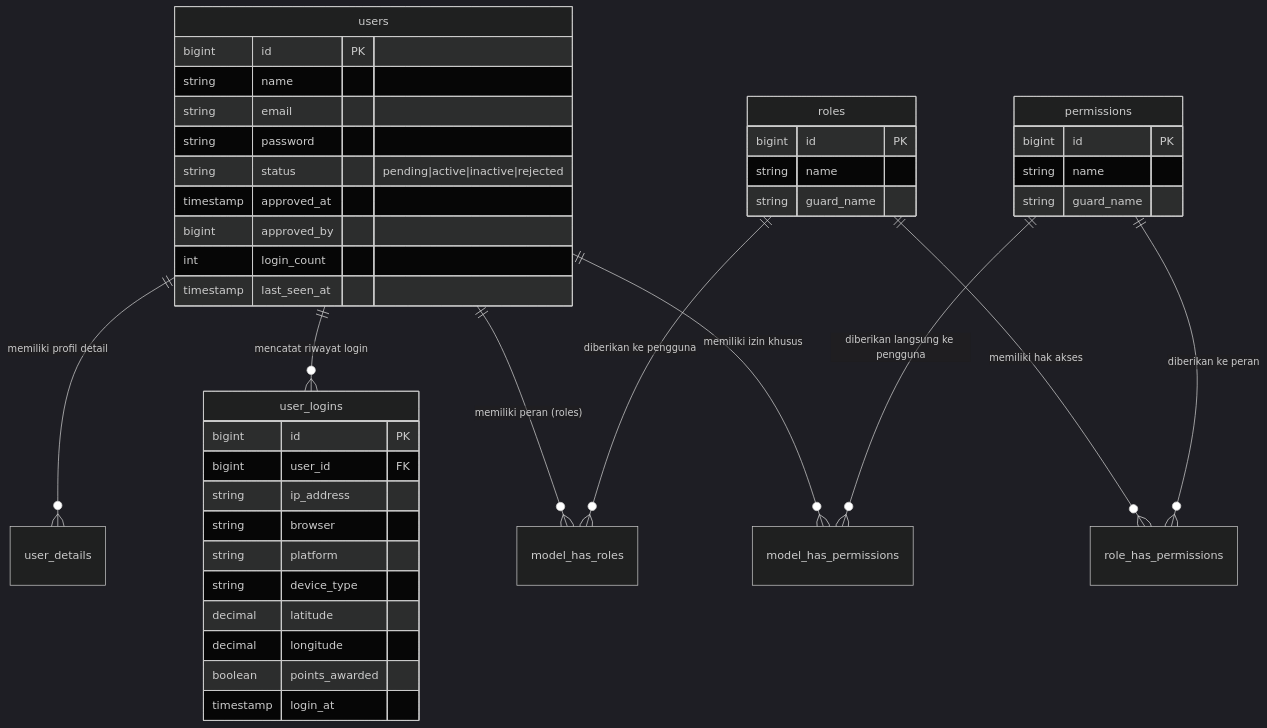
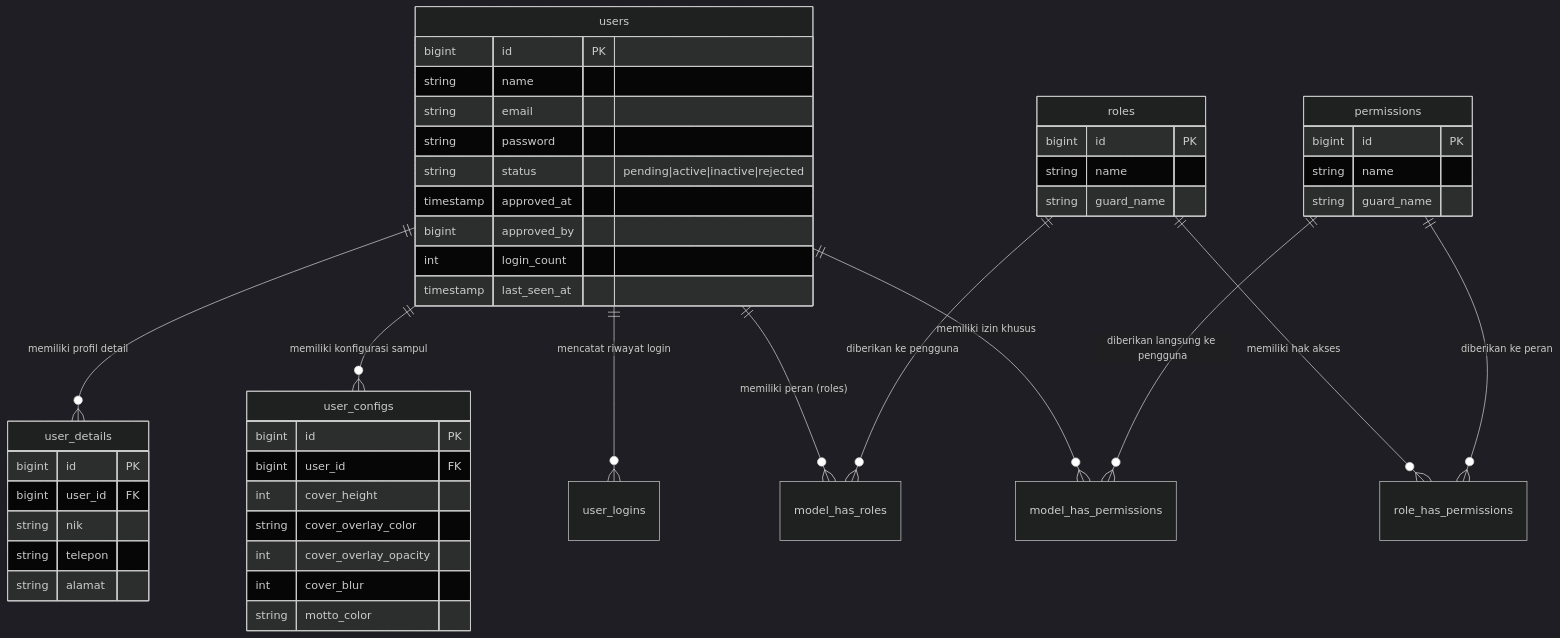
Before and after one commit to AbdoelMadjid/repalogic-dashboard: the first of 2 diagrams in docs/arsitektur_dan_operasional_manajemen_pengguna.md, drawn with Mermaid (dark theme). The commit also changed other lines of this file and 9 other files, not shown here.

Commit message:
docs: synchronize architecture docs with latest features, fix mermaid syntax & remove static version headers

````diff
--- a/docs/arsitektur_dan_operasional_manajemen_pengguna.md
+++ b/docs/arsitektur_dan_operasional_manajemen_pengguna.md
@@ -52,48 +53,54 @@
 ```mermaid
 erDiagram
     users ||--o{ user_details : "memiliki profil detail"
+    users ||--o{ user_configs : "memiliki konfigurasi sampul"
     users ||--o{ user_logins : "mencatat riwayat login"
     users ||--o{ model_has_roles : "memiliki peran (roles)"
     roles ||--o{ model_has_roles : "diberikan ke pengguna"
     roles ||--o{ role_has_permissions : "memiliki hak akses"
     permissions ||--o{ role_has_permissions : "diberikan ke peran"
     users ||--o{ model_has_permissions : "memiliki izin khusus"
     permissions ||--o{ model_has_permissions : "diberikan langsung ke pengguna"
 
     users {
         bigint id PK
         string name
         string email
         string password
         string status "pending|active|inactive|rejected"
         timestamp approved_at
         bigint approved_by
         int login_count
         timestamp last_seen_at
     }
 
-    user_logins {
+    user_details {
         bigint id PK
         bigint user_id FK
-        string ip_address
-        string browser
-        string platform
-        string device_type
-        decimal latitude
-        decimal longitude
-        boolean points_awarded
-        timestamp login_at
+        string nik
+        string telepon
+        string alamat
+    }
+
+    user_configs {
+        bigint id PK
+        bigint user_id FK
+        int cover_height
+        string cover_overlay_color
+        int cover_overlay_opacity
+        int cover_blur
+        string motto_color
     }
 
     roles {
         bigint id PK
         string name
         string guard_name
     }
 
     permissions {
         bigint id PK
         string name
         string guard_name
     }
 ```
````
